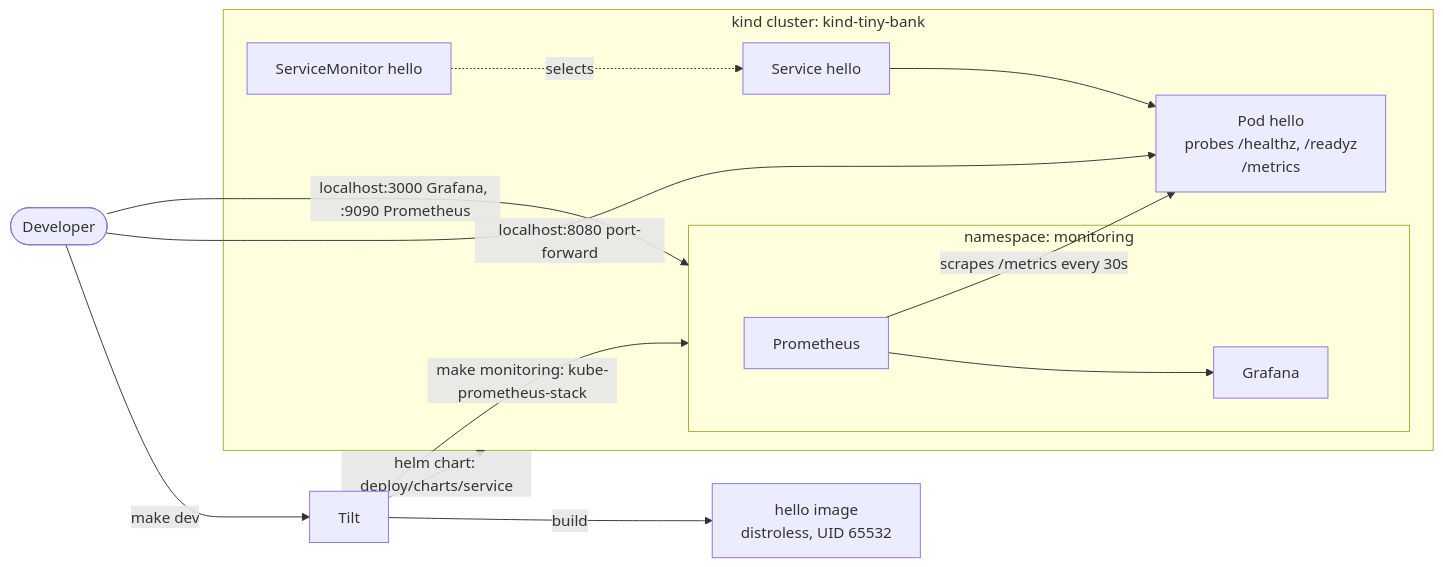
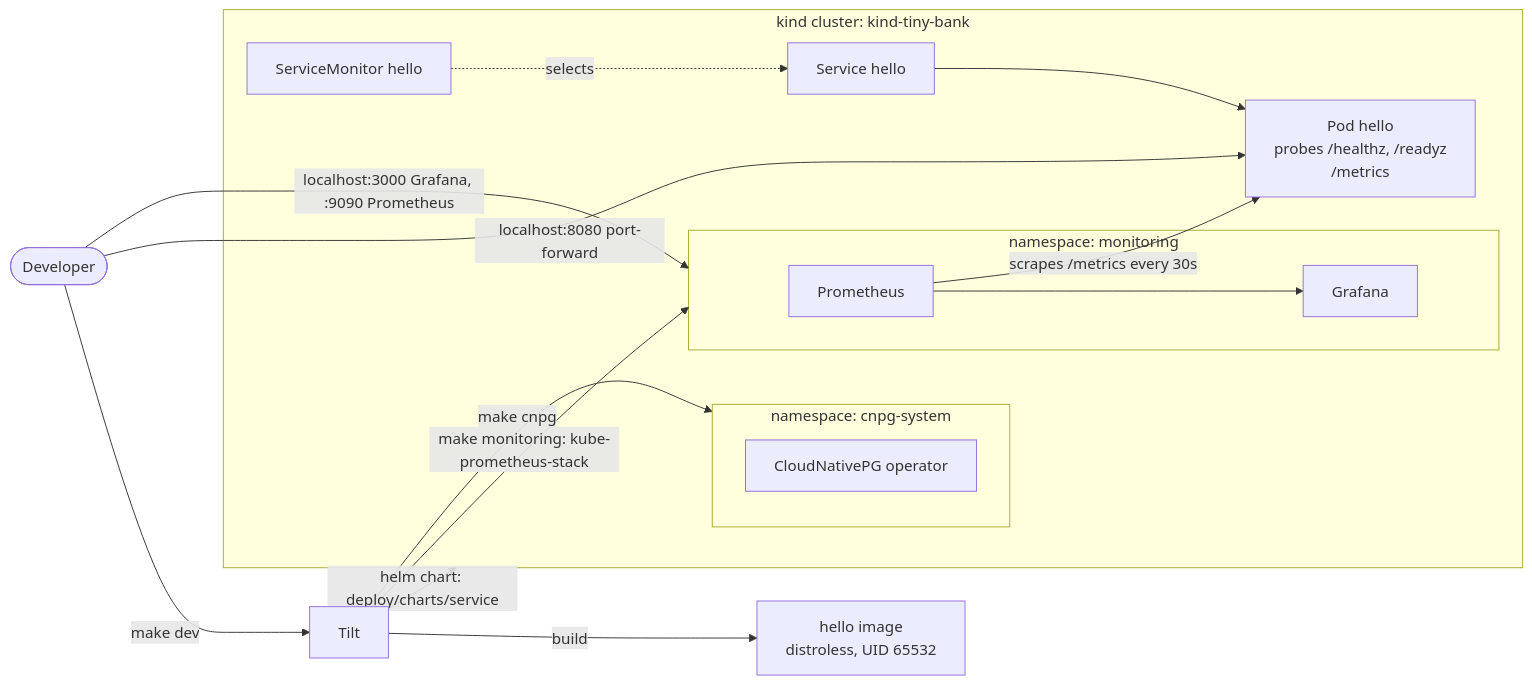
Before and after one commit to tinypell3ts/tiny-bank: the second of 2 diagrams in docs/architecture.md, drawn with Mermaid. The commit also changed other lines of this file and 6 other files, not shown here.

Commit message:
feat(postgres): install the CloudNativePG operator via make cnpg and Tilt

````diff
--- a/docs/architecture.md
+++ b/docs/architecture.md
@@ -30,17 +30,21 @@
 ```mermaid
 flowchart LR
     dev([Developer]) -->|make dev| tilt[Tilt]
     tilt -->|build| img[hello image<br/>distroless, UID 65532]
     tilt -->|helm chart: deploy/charts/service| k8s
     subgraph k8s [kind cluster: kind-tiny-bank]
         svc[Service hello] --> pod[Pod hello<br/>probes /healthz, /readyz<br/>/metrics]
         sm[ServiceMonitor hello] -.selects.-> svc
         subgraph mon [namespace: monitoring]
             prom[Prometheus] --> graf[Grafana]
         end
         prom -->|scrapes /metrics every 30s| pod
+        subgraph cnpgns [namespace: cnpg-system]
+            cnpg[CloudNativePG operator]
+        end
     end
     tilt -->|make monitoring: kube-prometheus-stack| mon
+    tilt -->|make cnpg| cnpgns
     dev -->|localhost:8080 port-forward| pod
     dev -->|localhost:3000 Grafana, :9090 Prometheus| mon
 ```
````
